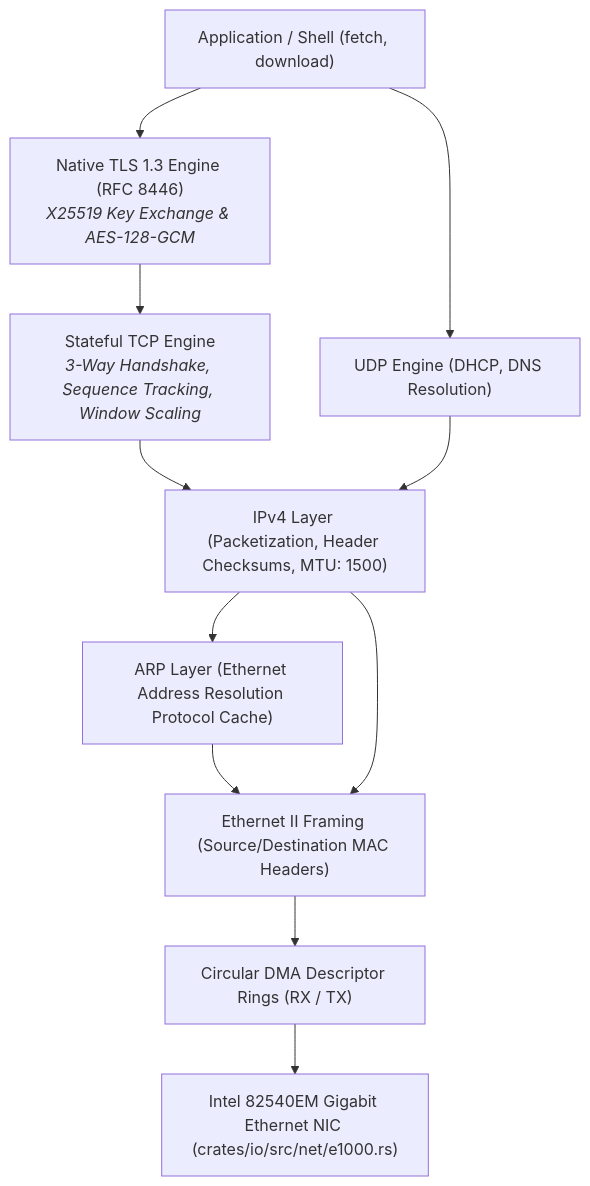
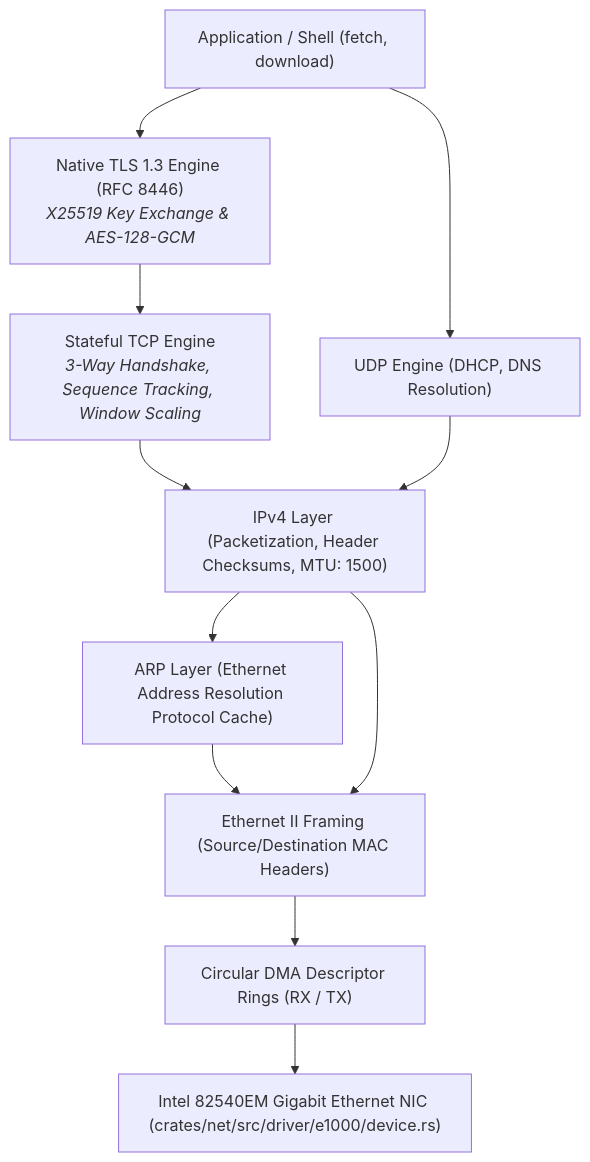
One commit to mrvlous/keira changed the diagram in docs/journey/networking.md. Above: the diagram before and after it, drawn with Mermaid. The commit also changed 1 other file, not shown here.

Commit message:
docs(net): synchronize networking journey and udp packet demux paths

````diff
--- a/docs/journey/networking.md
+++ b/docs/journey/networking.md
@@ -11,11 +11,11 @@
 ```mermaid
 graph TD
     App["Application / Shell (fetch, download)"] --> TLS["Native TLS 1.3 Engine (RFC 8446)<br/><i>X25519 Key Exchange & AES-128-GCM</i>"]
     TLS --> TCP["Stateful TCP Engine<br/><i>3-Way Handshake, Sequence Tracking, Window Scaling</i>"]
     App --> UDP["UDP Engine (DHCP, DNS Resolution)"]
     TCP & UDP --> IPv4["IPv4 Layer (Packetization, Header Checksums, MTU: 1500)"]
     IPv4 --> ARP["ARP Layer (Ethernet Address Resolution Protocol Cache)"]
     ARP & IPv4 --> Eth["Ethernet II Framing (Source/Destination MAC Headers)"]
     Eth --> DMA["Circular DMA Descriptor Rings (RX / TX)"]
-    DMA --> e1000["Intel 82540EM Gigabit Ethernet NIC (crates/io/src/net/e1000.rs)"]
+    DMA --> e1000["Intel 82540EM Gigabit Ethernet NIC (crates/net/src/driver/e1000/device.rs)"]
 ```
````
